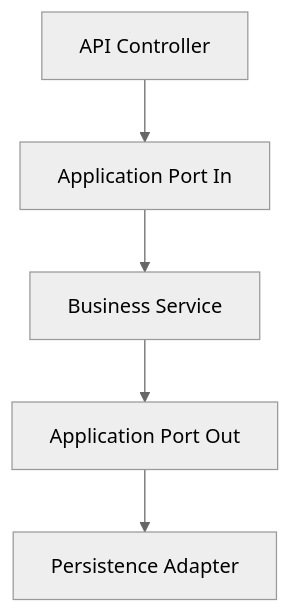
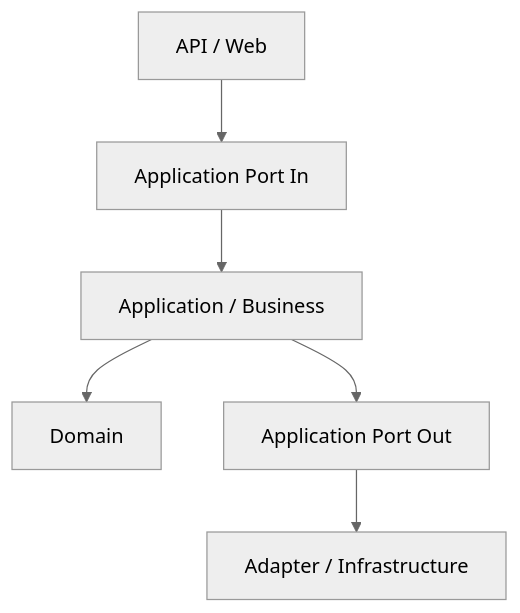
One commit to AlbertoVilar/caprigestor-backend changed the diagram in docs/01-architecture/ARCHITECTURE.md. Above: the diagram before and after it, drawn with Mermaid (neutral theme). The commit also changed other lines of this file and 10 other files, not shown here.

Commit message:
chore: establish Codex architecture governance harness

````diff
--- a/docs/01-architecture/ARCHITECTURE.md
+++ b/docs/01-architecture/ARCHITECTURE.md
@@ -9,7 +16,8 @@
 ```mermaid
 graph TD
-    Controller[API Controller] --> InPort[Application Port In]
-    InPort --> Business[Business Service]
+    Controller[API / Web] --> InPort[Application Port In]
+    InPort --> Business[Application / Business]
+    Business --> Domain[Domain]
     Business --> OutPort[Application Port Out]
-    OutPort --> Adapter[Persistence Adapter]
+    OutPort --> Adapter[Adapter / Infrastructure]
 ```
````
